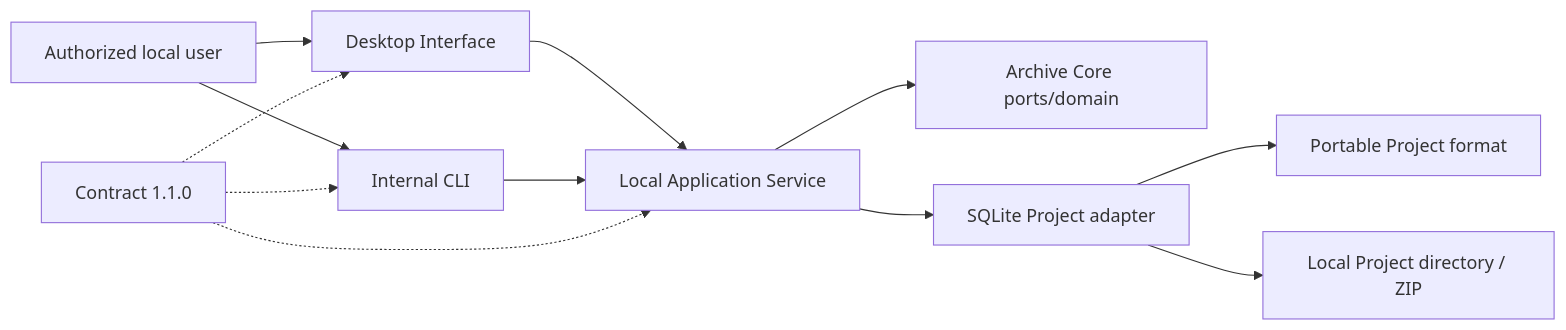
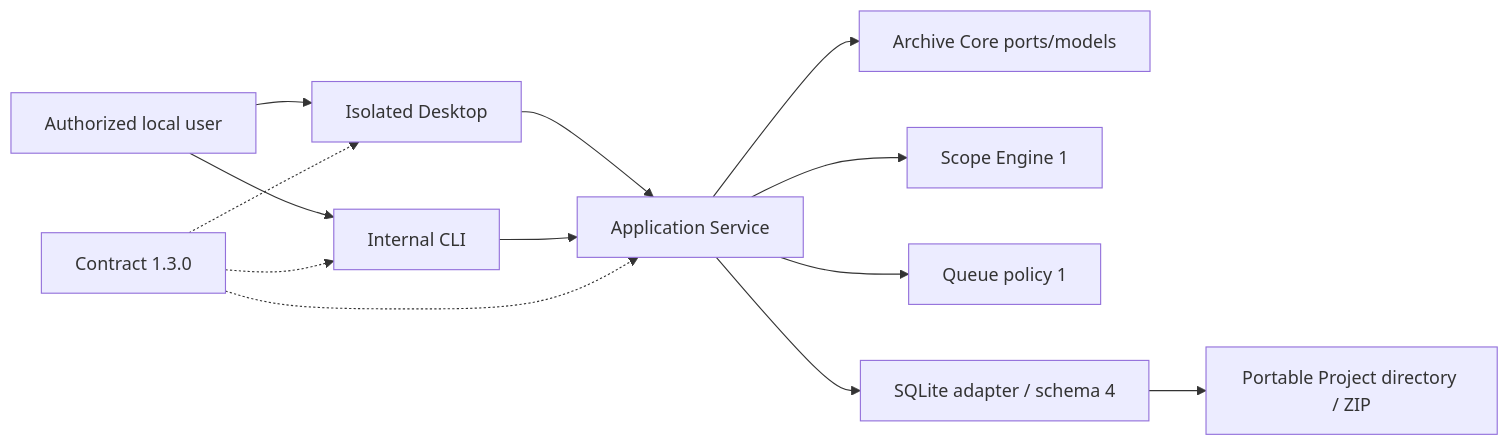
One commit to sasanzare/OfflineWebArchiver changed the diagram in docs/architecture/SYSTEM_CONTEXT.md. Above: the diagram before and after it, drawn with Mermaid. The commit also changed other lines of this file and 165 other files, not shown here.

First line of the commit message:
feat: complete profile scope engine and persistent queue foundations

````diff
--- a/docs/architecture/SYSTEM_CONTEXT.md
+++ b/docs/architecture/SYSTEM_CONTEXT.md
@@ -5,14 +7,15 @@
 ```mermaid
 flowchart LR
-  User["Authorized local user"] --> Desktop["Desktop Interface"]
+  User["Authorized local user"] --> Desktop["Isolated Desktop"]
   User --> CLI["Internal CLI"]
-  Desktop --> Service["Local Application Service"]
+  Desktop --> Service["Application Service"]
   CLI --> Service
-  Service --> Core["Archive Core ports/domain"]
-  Service --> Persistence["SQLite Project adapter"]
-  Persistence --> Format["Portable Project format"]
-  Persistence --> Files["Local Project directory / ZIP"]
-  Contracts["Contract 1.1.0"] -.-> Desktop
+  Service --> Core["Archive Core ports/models"]
+  Service --> Scope["Scope Engine 1"]
+  Service --> Queue["Queue policy 1"]
+  Service --> Persistence["SQLite adapter / schema 4"]
+  Persistence --> Files["Portable Project directory / ZIP"]
+  Contracts["Contract 1.3.0"] -.-> Desktop
   Contracts -.-> CLI
   Contracts -.-> Service
 ```
````
